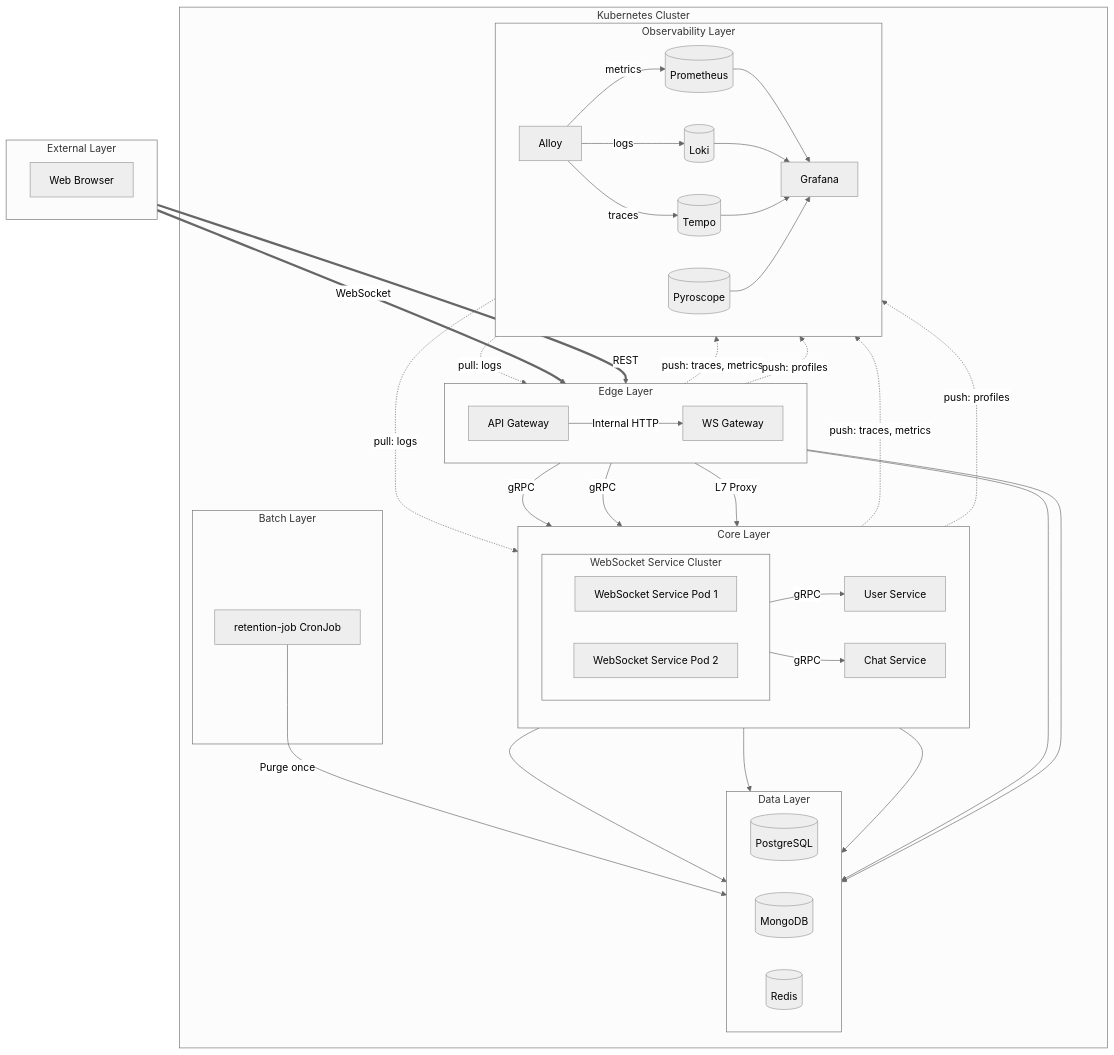
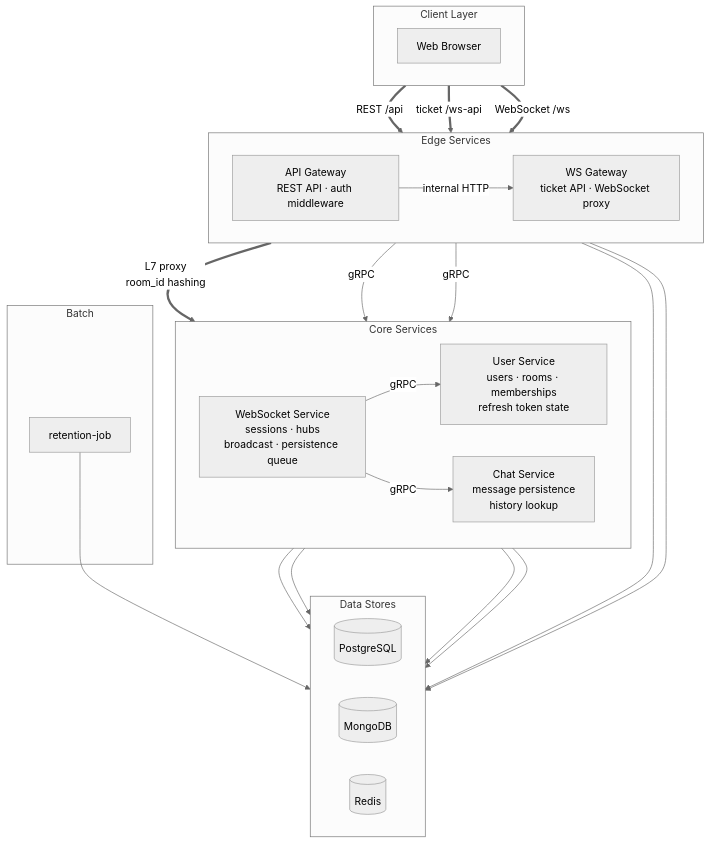
The diagram in README.md (happyhun/go-chat-msa), drawn with Mermaid (neutral theme) before and after one commit. The commit also changed other lines of this file and 10 other files, not shown here.

Commit message:
docs: k8s 이관 문서와 다이어그램 최신화

````diff
--- a/README.md
+++ b/README.md
@@ -122,79 +122,51 @@
 ```mermaid
 flowchart TB
-    subgraph External ["External Layer"]
+    subgraph ClientLayer ["Client Layer"]
         direction LR
-        Client["Web Browser"]
+        Browser["Web Browser"]
     end
 
-    subgraph K8s ["Kubernetes Cluster"]
-        subgraph Edge ["Edge Layer"]
-            direction LR
-            WSGW["WS Gateway"]
-            AGW["API Gateway"]
-
-            AGW -- "Internal HTTP" --> WSGW
-        end
-
-        subgraph Core ["Core Layer"]
-            direction LR
-            subgraph WS_Cluster ["WebSocket Service Cluster"]
-                direction LR
-                WSS1["WebSocket Service Pod 1"]
-                WSS2["WebSocket Service Pod 2"]
-            end
-            US["User Service"]
-            CS["Chat Service"]
-        end
-
-        subgraph Jobs ["Batch Layer"]
-            RJ["retention-job CronJob"]
-        end
-
-        subgraph Data ["Data Layer"]
-            direction LR
-            PG[("PostgreSQL")]
-            MG[("MongoDB")]
-            RD[("Redis")]
-        end
-
-        subgraph Observability ["Observability Layer"]
-            direction LR
-            Alloy["Alloy"]
-            Prometheus[("Prometheus")]
-            Loki[("Loki")]
-            Tempo[("Tempo")]
-            Pyroscope[("Pyroscope")]
-            Grafana["Grafana"]
-
-            Alloy -- "metrics" --> Prometheus
-            Alloy -- "logs" --> Loki
-            Alloy -- "traces" --> Tempo
-            Prometheus & Loki & Tempo & Pyroscope --> Grafana
-        end
+    subgraph Edge ["Edge Services"]
+        direction LR
+        AGW["API Gateway<br/>REST API · auth middleware"]
+        WSGW["WS Gateway<br/>ticket API · WebSocket proxy"]
     end
 
-    Client == "WebSocket" ==> WSGW
-    Client == "REST" ==> AGW
+    subgraph Core ["Core Services"]
+        direction LR
+        UserSvc["User Service<br/>users · rooms · memberships<br/>refresh token state"]
+        ChatSvc["Chat Service<br/>message persistence<br/>history lookup"]
+        WSSvc["WebSocket Service<br/>sessions · hubs<br/>broadcast · persistence queue"]
+    end
 
-    WSGW -- "L7 Proxy" --> WS_Cluster
+    subgraph Data ["Data Stores"]
+        direction LR
+        PG[("PostgreSQL")]
+        MG[("MongoDB")]
+        RD[("Redis")]
+    end
 
-    AGW -- "gRPC" --> US
-    AGW -- "gRPC" --> CS
+    subgraph Batch ["Batch"]
+        Retention["retention-job"]
+    end
 
-    WS_Cluster -- "gRPC" --> US
-    WS_Cluster -- "gRPC" --> CS
+    Browser == "REST /api" ==> AGW
+    Browser == "ticket /ws-api" ==> WSGW
+    Browser == "WebSocket /ws" ==> WSGW
 
-    US --> PG
-    US --> RD
-    CS --> MG
+    AGW -- "internal HTTP" --> WSGW
+    WSGW == "L7 proxy<br/>room_id hashing" ==> WSSvc
+
+    AGW -- "gRPC" --> UserSvc
+    AGW -- "gRPC" --> ChatSvc
+    WSSvc -- "gRPC" --> UserSvc
+    WSSvc -- "gRPC" --> ChatSvc
+
+    UserSvc --> PG
+    UserSvc --> RD
+    ChatSvc --> MG
     AGW --> RD
     WSGW --> RD
-    RJ -- "Purge once" --> PG
-
-    Alloy -. "pull: logs" .-> Edge
-    Alloy -. "pull: logs" .-> Core
-    Edge -. "push: traces, metrics" .-> Alloy
-    Core -. "push: traces, metrics" .-> Alloy
-    Edge -. "push: profiles" .-> Pyroscope
-    Core -. "push: profiles" .-> Pyroscope
+    WSSvc --> RD
+    Retention --> PG
 ```
````
